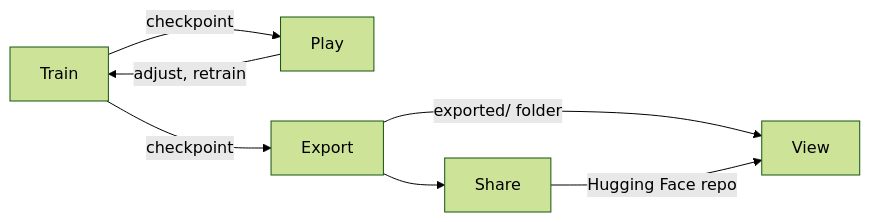
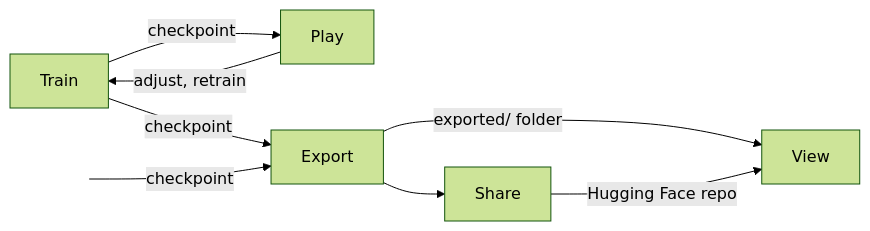
The diagram in README.md (menloresearch/cyclotron), drawn with Mermaid (forest theme) before and after one commit. The commit also changed 9 other files, not shown here.

````diff
--- a/README.md
+++ b/README.md
@@ -62,9 +62,11 @@
 ```mermaid
 flowchart LR
     Train -->|checkpoint| Play
     Play -->|adjust, retrain| Train
     Train -->|checkpoint| Export
+    Outside[" "] -->|checkpoint| Export
+    style Outside fill:none,stroke:none
     Export -->|exported/ folder| View
     Export --> Share
     Share -->|Hugging Face repo| View
 ```
````
